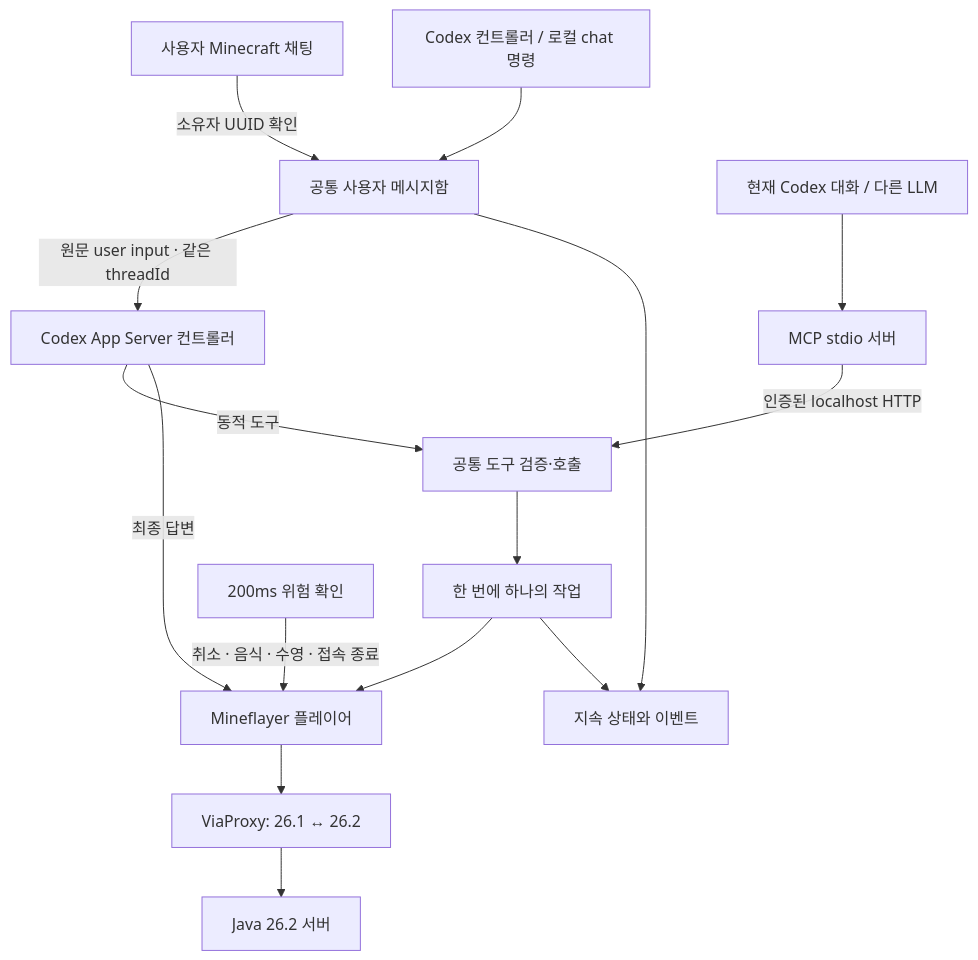
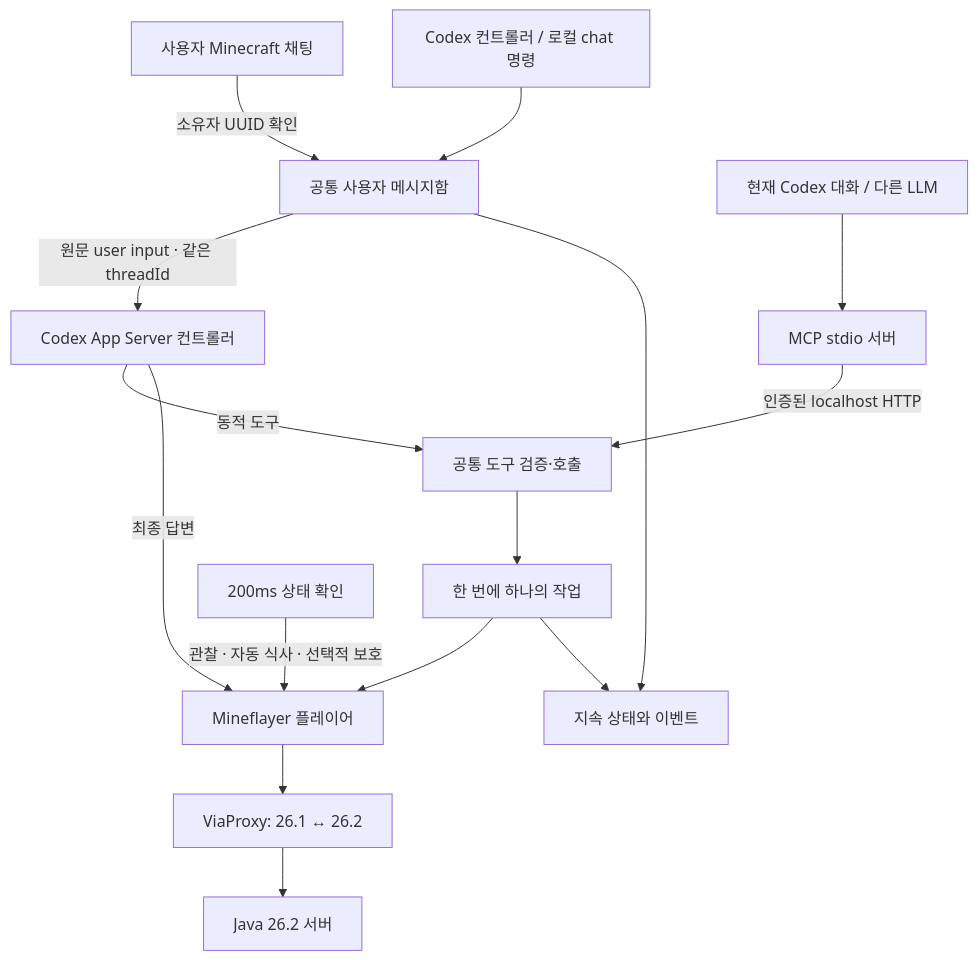
One commit to umaia1234/makmolga changed the diagram in skills/minecraft-companion/references/architecture.md. Above: the diagram before and after it, drawn with Mermaid. The commit also changed other lines of this file and 22 other files, not shown here.

````diff
--- a/skills/minecraft-companion/references/architecture.md
+++ b/skills/minecraft-companion/references/architecture.md
@@ -5,17 +5,17 @@
 ```mermaid
 flowchart TD
   MCUser[사용자 Minecraft 채팅] -->|소유자 UUID 확인| Inbox[공통 사용자 메시지함]
   CodexUser[Codex 컨트롤러 / 로컬 chat 명령] --> Inbox
   Inbox -->|원문 user input · 같은 threadId| Bridge[Codex App Server 컨트롤러]
   Bridge -->|동적 도구| Dispatch[공통 도구 검증·호출]
   Desktop[현재 Codex 대화 / 다른 LLM] --> MCP[MCP stdio 서버]
   MCP -->|인증된 localhost HTTP| Dispatch
   Dispatch --> Jobs[한 번에 하나의 작업]
   Jobs --> Bot[Mineflayer 플레이어]
-  Guard[200ms 위험 확인] -->|취소 · 음식 · 수영 · 접속 종료| Bot
+  Guard[200ms 상태 확인] -->|관찰 · 자동 식사 · 선택적 보호| Bot
   Bot --> Proxy[ViaProxy: 26.1 ↔ 26.2]
   Proxy --> Server[Java 26.2 서버]
   Bridge -->|최종 답변| Bot
   Jobs --> Store[지속 상태와 이벤트]
   Inbox --> Store
 ```
````
